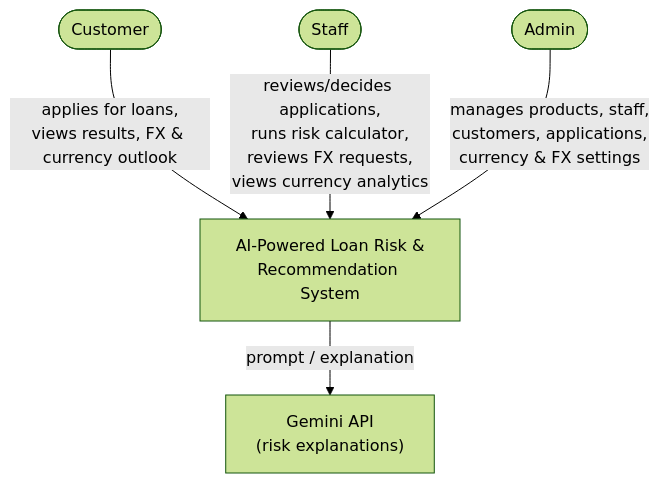
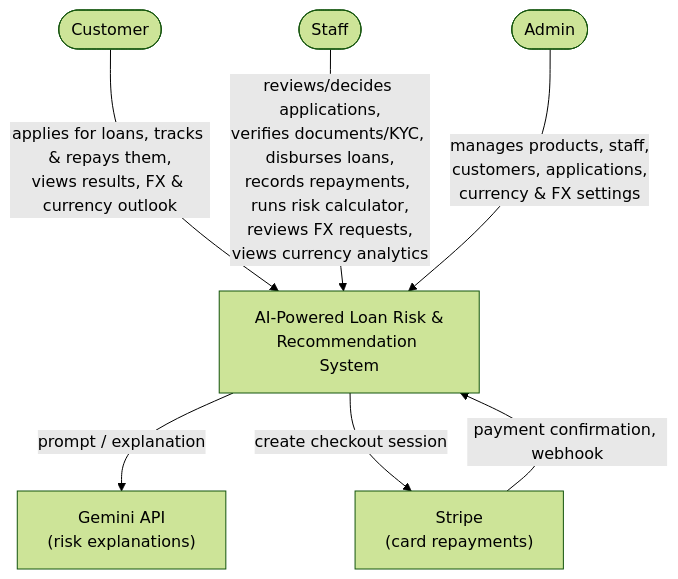
The first of 9 diagrams in ARCHITECTURE.md (ThangarajuThivya/ai-loan-risk-platform), drawn with Mermaid (forest theme) before and after one commit. The commit also changed other lines of this file and 138 other files, not shown here.

````diff
--- a/ARCHITECTURE.md
+++ b/ARCHITECTURE.md
@@ -51,13 +57,16 @@
 ```mermaid
 flowchart TB
     Customer(["Customer"])
     Staff(["Staff"])
     Admin(["Admin"])
     System["AI-Powered Loan Risk &amp;<br/>Recommendation System"]
     Gemini["Gemini API<br/>(risk explanations)"]
+    Stripe["Stripe<br/>(card repayments)"]
 
-    Customer -->|applies for loans,<br/>views results, FX &amp; currency outlook| System
-    Staff -->|reviews/decides applications,<br/>runs risk calculator,<br/>reviews FX requests,<br/>views currency analytics| System
+    Customer -->|applies for loans, tracks &amp; repays them,<br/>views results, FX &amp; currency outlook| System
+    Staff -->|reviews/decides applications,<br/>verifies documents/KYC, disburses loans,<br/>records repayments, runs risk calculator,<br/>reviews FX requests,<br/>views currency analytics| System
     Admin -->|manages products, staff,<br/>customers, applications,<br/>currency &amp; FX settings| System
     System -->|prompt / explanation| Gemini
+    System -->|create checkout session| Stripe
+    Stripe -->|payment confirmation, webhook| System
 ```
````
